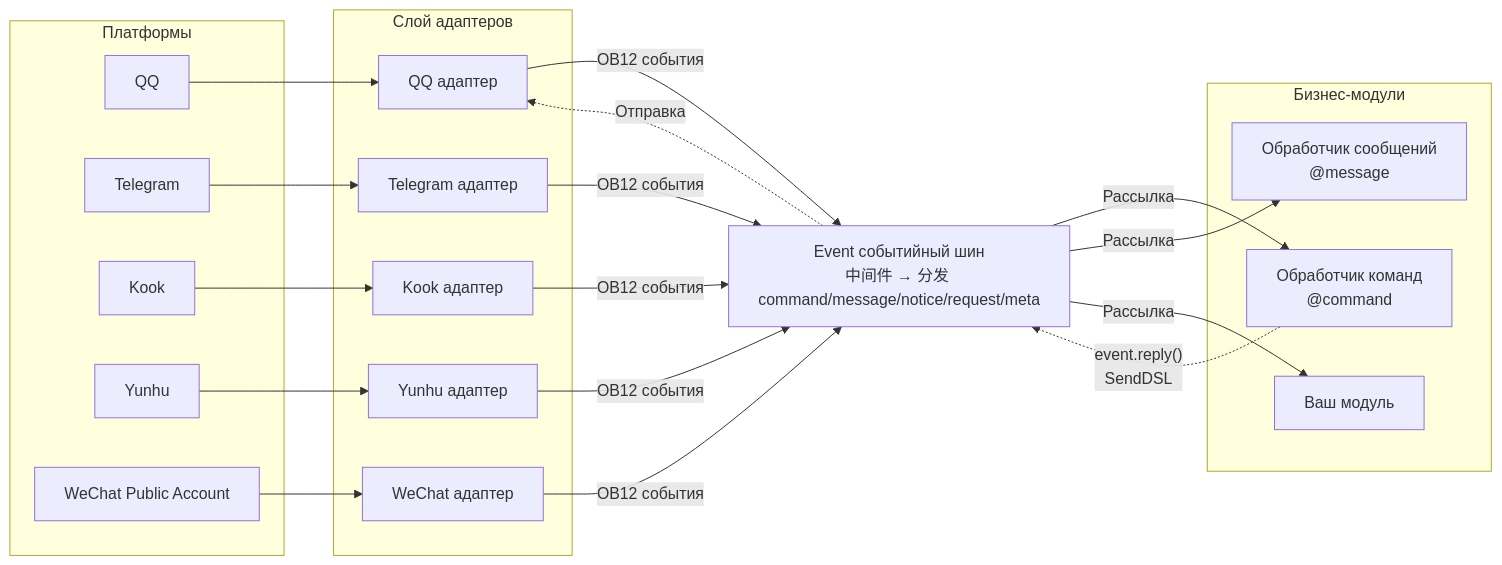
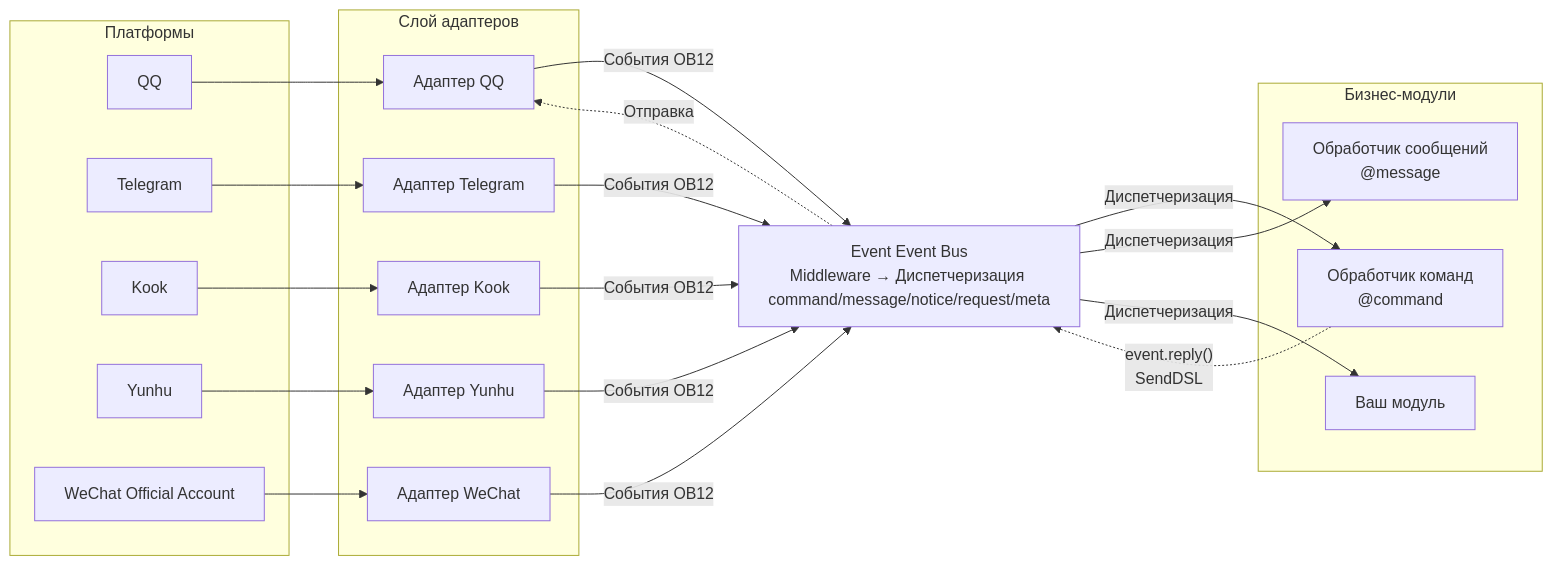
Before and after one commit to ErisPulse/ErisPulse: the first of 2 diagrams in README.ru.md, drawn with Mermaid. The commit also changed other lines of this file and 31 other files, not shown here.

````diff
--- a/README.ru.md
+++ b/README.ru.md
@@ -112,45 +112,45 @@
 ```mermaid
 graph LR
     subgraph Platforms[Платформы]
         QQ["QQ"]
         TG["Telegram"]
         Kook["Kook"]
         YH["Yunhu"]
-        WX["WeChat Public Account"]
+        WX["WeChat Official Account"]
     end
 
     subgraph Adapters[Слой адаптеров]
-        A1["QQ адаптер"]
-        A2["Telegram адаптер"]
-        A3["Kook адаптер"]
-        A4["Yunhu адаптер"]
-        A5["WeChat адаптер"]
+        A1["Адаптер QQ"]
+        A2["Адаптер Telegram"]
+        A3["Адаптер Kook"]
+        A4["Адаптер Yunhu"]
+        A5["Адаптер WeChat"]
     end
 
-    Event["Event событийный шин<br/>中间件 → 分发 command/message/notice/request/meta"]
+    Event["Event Event Bus<br/>Middleware → Диспетчеризация command/message/notice/request/meta"]
 
     subgraph Modules[Бизнес-модули]
         M1["Обработчик команд<br/>@command"]
         M2["Обработчик сообщений<br/>@message"]
         M3["Ваш модуль"]
     end
 
     QQ --> A1
     TG --> A2
     Kook --> A3
     YH --> A4
     WX --> A5
 
-    A1 -->|"OB12 события"| Event
-    A2 -->|"OB12 события"| Event
-    A3 -->|"OB12 события"| Event
-    A4 -->|"OB12 события"| Event
-    A5 -->|"OB12 события"| Event
+    A1 -->|"События OB12"| Event
+    A2 -->|"События OB12"| Event
+    A3 -->|"События OB12"| Event
+    A4 -->|"События OB12"| Event
+    A5 -->|"События OB12"| Event
 
-    Event -->|"Рассылка"| M1
-    Event -->|"Рассылка"| M2
-    Event -->|"Рассылка"| M3
+    Event -->|"Диспетчеризация"| M1
+    Event -->|"Диспетчеризация"| M2
+    Event -->|"Диспетчеризация"| M3
 
     M1 -.->|"event.reply()<br/>SendDSL"| Event
     Event -.->|"Отправка"| A1
 ```
````
